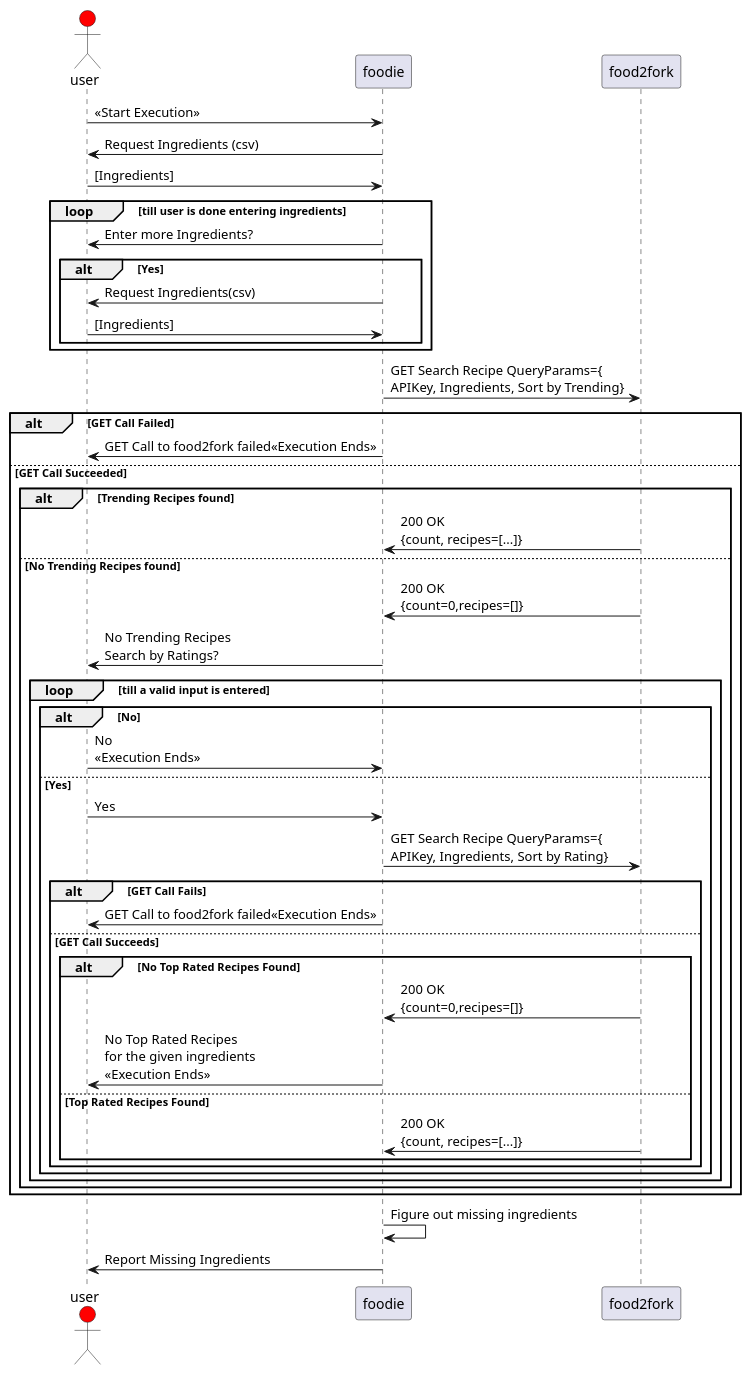
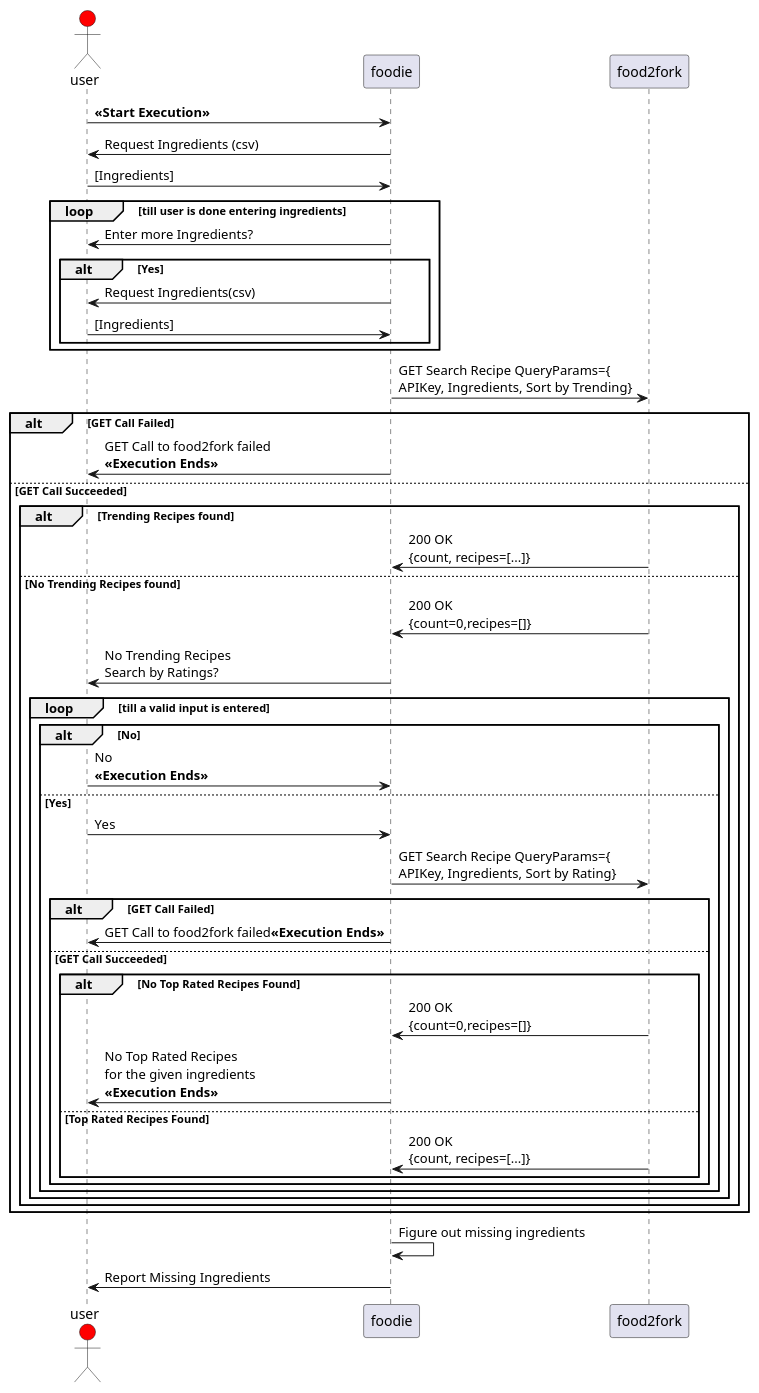
The diagram in design/SequenceDiag.pu (rachit-ranjan16/Foodie), drawn with PlantUML before and after one commit. The commit also changed 1 other file, not shown here.

Commit message:
Updated Sequence Diagram

```diff
--- a/design/SequenceDiag.pu
+++ b/design/SequenceDiag.pu
@@ -1,50 +1,50 @@
 @startuml
 actor user #red
 participant foodie
 participant food2fork
 
-user->foodie: <<Start Execution>>
+user->foodie: **<<Start Execution>>**
 foodie->user: Request Ingredients (csv)
 user->foodie: [Ingredients]
 
 loop till user is done entering ingredients
     foodie->user: Enter more Ingredients?
     alt Yes
         foodie->user: Request Ingredients(csv)
         user->foodie: [Ingredients]
     end
 end
 
 foodie->food2fork: GET Search Recipe QueryParams={\nAPIKey, Ingredients, Sort by Trending}
 alt GET Call Failed
-    foodie->user: GET Call to food2fork failed<<Execution Ends>>
+    foodie->user: GET Call to food2fork failed\n**<<Execution Ends>>**
 else GET Call Succeeded
     alt Trending Recipes found
         food2fork->foodie: 200 OK\n{count, recipes=[...]}
     else No Trending Recipes found
         food2fork->foodie: 200 OK\n{count=0,recipes=[]}
         foodie->user:No Trending Recipes\nSearch by Ratings?
         loop till a valid input is entered
             alt No
-                user->foodie: No\n<<Execution Ends>>
+                user->foodie: No\n**<<Execution Ends>>**
             else Yes
                 user->foodie: Yes
                 foodie->food2fork: GET Search Recipe QueryParams={\nAPIKey, Ingredients, Sort by Rating}
-                alt GET Call Fails
-                    foodie->user: GET Call to food2fork failed<<Execution Ends>>
-                else GET Call Succeeds
+                alt GET Call Failed
+                    foodie->user: GET Call to food2fork failed**<<Execution Ends>>**
+                else GET Call Succeeded
                     alt No Top Rated Recipes Found
                         food2fork->foodie: 200 OK\n{count=0,recipes=[]}
-                        foodie->user: No Top Rated Recipes\nfor the given ingredients\n<<Execution Ends>>
+                        foodie->user: No Top Rated Recipes\nfor the given ingredients\n**<<Execution Ends>>**
                     else Top Rated Recipes Found
                         food2fork->foodie: 200 OK\n{count, recipes=[...]}
                     end
                 end
             end
         end
     end
 end
 foodie->foodie: Figure out missing ingredients
 foodie->user: Report Missing Ingredients
 
 @enduml
```
